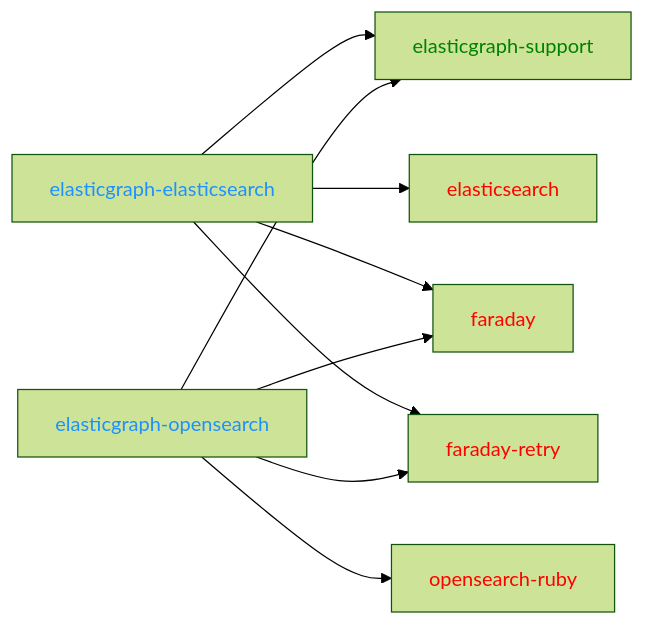
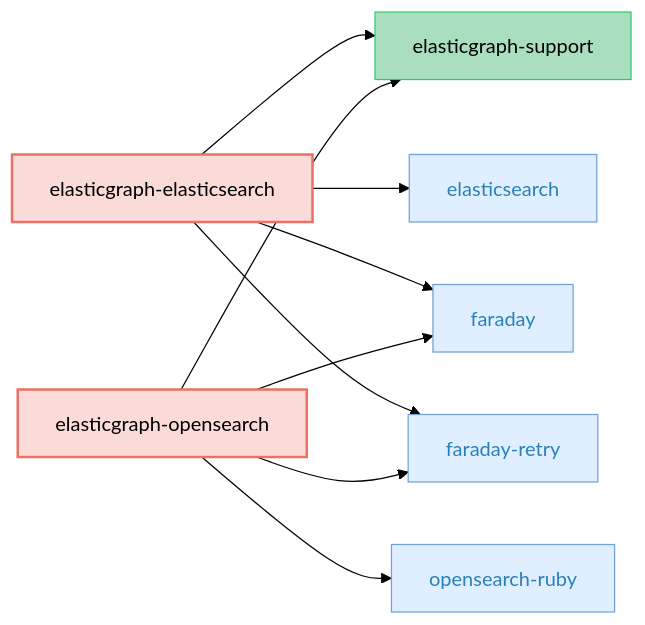
The fourth of 5 diagrams in CODEBASE_OVERVIEW.md (ciaran51/elasticgraph), drawn with Mermaid (forest theme) before and after one commit. The commit also changed other lines of this file and 48 other files, not shown here.

First line of the commit message:
Maintain a dependency diagram on each gem README. (#620)

````diff
--- a/CODEBASE_OVERVIEW.md
+++ b/CODEBASE_OVERVIEW.md
@@ -142,16 +230,32 @@
 ```mermaid
 graph LR;
-    elasticgraph-elasticsearch --> elasticgraph-support & elasticsearch & faraday & faraday-retry
-    elasticgraph-opensearch --> elasticgraph-support & faraday & faraday-retry & opensearch-ruby
-    style elasticgraph-elasticsearch color: DodgerBlue;
-    style elasticgraph-opensearch color: DodgerBlue;
-    style elasticgraph-support color: Green;
-    style elasticsearch color: Red;
-    style faraday color: Red;
-    style faraday-retry color: Red;
-    style opensearch-ruby color: Red;
-click elasticsearch href "https://rubygems.org/gems/elasticsearch"
-click faraday href "https://rubygems.org/gems/faraday"
-click faraday-retry href "https://rubygems.org/gems/faraday-retry"
-click opensearch-ruby href "https://rubygems.org/gems/opensearch-ruby"
+    classDef targetGemStyle fill:#FADBD8,stroke:#EC7063,color:#000,stroke-width:2px;
+    classDef otherEgGemStyle fill:#A9DFBF,stroke:#2ECC71,color:#000;
+    classDef externalGemCatStyle fill:#E0EFFF,stroke:#70A1D7,color:#2980B9;
+    elasticgraph-elasticsearch["elasticgraph-elasticsearch"];
+    elasticgraph-support["elasticgraph-support"];
+    elasticsearch["elasticsearch"];
+    faraday["faraday"];
+    faraday-retry["faraday-retry"];
+    elasticgraph-opensearch["elasticgraph-opensearch"];
+    opensearch-ruby["opensearch-ruby"];
+    elasticgraph-elasticsearch --> elasticgraph-support;
+    elasticgraph-elasticsearch --> elasticsearch;
+    elasticgraph-elasticsearch --> faraday;
+    elasticgraph-elasticsearch --> faraday-retry;
+    elasticgraph-opensearch --> elasticgraph-support;
+    elasticgraph-opensearch --> faraday;
+    elasticgraph-opensearch --> faraday-retry;
+    elasticgraph-opensearch --> opensearch-ruby;
+    class elasticgraph-elasticsearch targetGemStyle;
+    class elasticgraph-support otherEgGemStyle;
+    class elasticsearch externalGemCatStyle;
+    class faraday externalGemCatStyle;
+    class faraday-retry externalGemCatStyle;
+    class elasticgraph-opensearch targetGemStyle;
+    class opensearch-ruby externalGemCatStyle;
+    click elasticsearch href "https://rubygems.org/gems/elasticsearch" "Open on RubyGems.org" _blank;
+    click faraday href "https://rubygems.org/gems/faraday" "Open on RubyGems.org" _blank;
+    click faraday-retry href "https://rubygems.org/gems/faraday-retry" "Open on RubyGems.org" _blank;
+    click opensearch-ruby href "https://rubygems.org/gems/opensearch-ruby" "Open on RubyGems.org" _blank;
 ```
````
